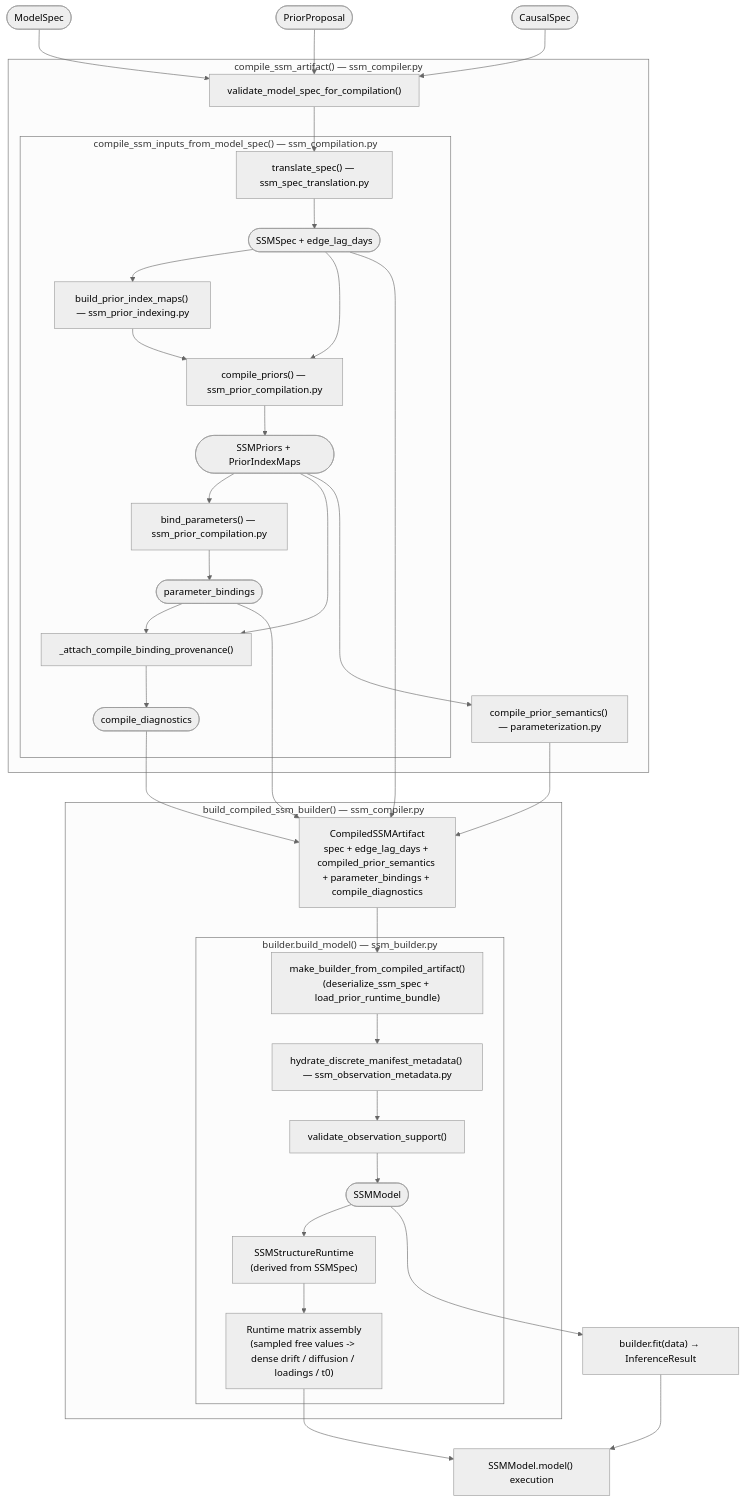
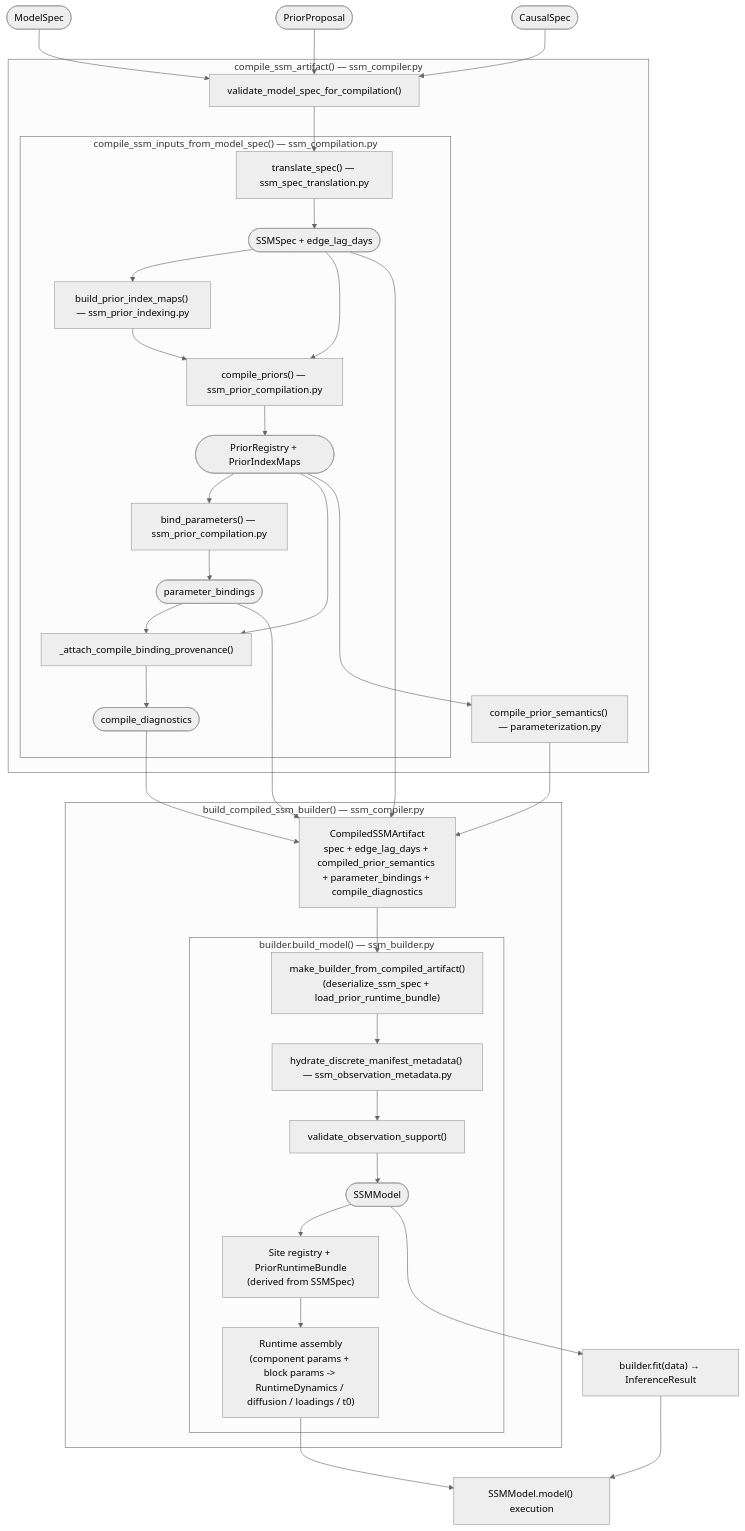
Before and after one commit to ma9o/causal-ssm-agent: the first of 2 diagrams in docs/reference/compilation.md, drawn with Mermaid (neutral theme). The commit also changed other lines of this file and 46 other files, not shown here.

````diff
--- a/docs/reference/compilation.md
+++ b/docs/reference/compilation.md
@@ -5,55 +5,55 @@
 ```mermaid
 graph TD
     ModelSpec(["ModelSpec"])
     PriorProposal(["PriorProposal"])
     CausalSpec(["CausalSpec"])
 
     ModelSpec & PriorProposal & CausalSpec --> validate
 
     subgraph compile_ssm_artifact ["compile_ssm_artifact() — ssm_compiler.py"]
         validate["validate_model_spec_for_compilation()"]
         validate --> translate
 
         subgraph compile_model_spec ["compile_ssm_inputs_from_model_spec() — ssm_compilation.py"]
             translate["translate_spec() — ssm_spec_translation.py"]
             translate --> translate_out(["SSMSpec + edge_lag_days"])
             translate_out --> prior_idx["build_prior_index_maps() — ssm_prior_indexing.py"]
             prior_idx --> priors["compile_priors() — ssm_prior_compilation.py"]
             translate_out --> priors
-            priors --> priors_out(["SSMPriors + PriorIndexMaps"])
+            priors --> priors_out(["PriorRegistry + PriorIndexMaps"])
             priors_out --> bind["bind_parameters() — ssm_prior_compilation.py"]
             bind --> bind_out(["parameter_bindings"])
             priors_out --> attach_diag["_attach_compile_binding_provenance()"]
             bind_out --> attach_diag
             attach_diag --> diag_out(["compile_diagnostics"])
         end
 
         priors_out --> prior_sem["compile_prior_semantics() — parameterization.py"]
     end
 
     translate_out --> artifact
     prior_sem --> artifact
     bind_out --> artifact
     diag_out --> artifact
     artifact["CompiledSSMArtifact\nspec + edge_lag_days + compiled_prior_semantics + parameter_bindings + compile_diagnostics"]
 
     subgraph build_compiled_ssm_builder ["build_compiled_ssm_builder() — ssm_compiler.py"]
         artifact --> builder_ctor["make_builder_from_compiled_artifact()\n(deserialize_ssm_spec + load_prior_runtime_bundle)"]
 
         subgraph build_model ["builder.build_model() — ssm_builder.py"]
             builder_ctor --> hydrate["hydrate_discrete_manifest_metadata() — ssm_observation_metadata.py"]
             hydrate --> validate_obs["validate_observation_support()"]
             validate_obs --> ssm_model(["SSMModel"])
-            ssm_model --> structure["SSMStructureRuntime\n(derived from SSMSpec)"]
-            structure --> assemble["Runtime matrix assembly\n(sampled free values -> dense drift / diffusion / loadings / t0)"]
+            ssm_model --> registry["Site registry + PriorRuntimeBundle\n(derived from SSMSpec)"]
+            registry --> assemble["Runtime assembly\n(component params + block params -> RuntimeDynamics / diffusion / loadings / t0)"]
         end
     end
 
     ssm_model --> fit["builder.fit(data) → InferenceResult"]
     fit --> execute["SSMModel.model() execution"]
     assemble --> execute
 
     click ModelSpec "../pipeline/04-model-specification-priors.md#modelspec"
     click PriorProposal "../pipeline/04-model-specification-priors.md#priorproposal"
     click CausalSpec "../pipeline/01b-measurement-identifiability.md#causalspec"
 ```
````
